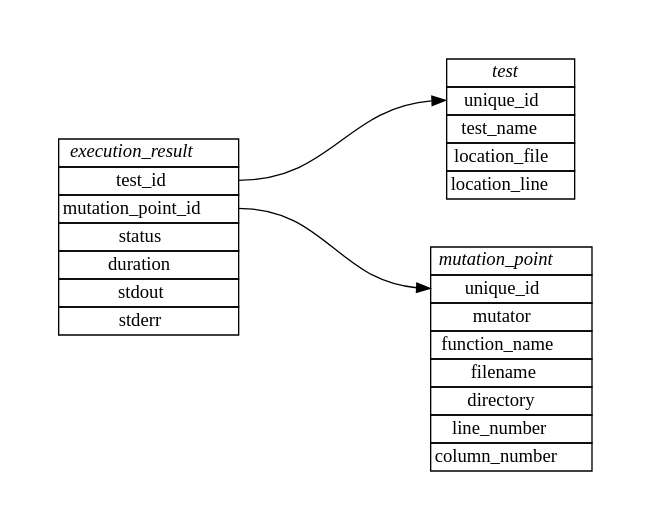
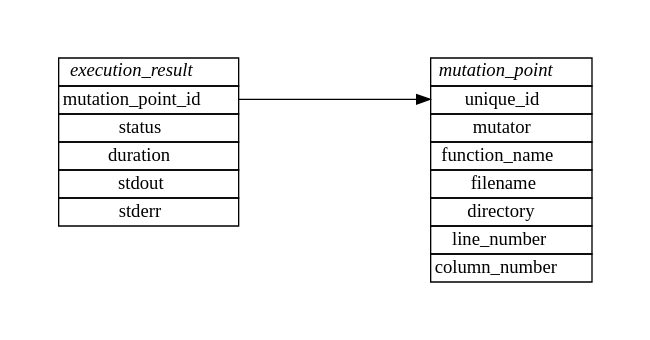
The diagram in docs/db-schema.dot (mull-project/mull), drawn with Graphviz before and after one commit. The commit also changed 110 other files, not shown here.

```diff
--- a/docs/db-schema.dot
+++ b/docs/db-schema.dot
@@ -1,48 +1,34 @@
 digraph Mull {
   graph [pad="0.5", nodesep="0.5", ranksep="2"];
   node [shape=plain] rankdir=LR;
 
   ExecutionResult [
     label = <
       <table border="0" cellborder="1" cellspacing="0">
         <tr><td><i>execution_result</i></td></tr>
-        <tr><td port="test_id">test_id</td></tr>
         <tr><td port="mutation_point_id">mutation_point_id</td></tr>
         <tr><td port="status">status</td></tr>
         <tr><td port="duration">duration</td></tr>
         <tr><td port="stdout">stdout</td></tr>
         <tr><td port="stderr">stderr</td></tr>
-      </table>
-    >
-  ];
-
-  Test [
-    label = <
-      <table border="0" cellborder="1" cellspacing="0">
-        <tr><td><i>test</i></td></tr>
-        <tr><td port="unique_id">unique_id</td></tr>
-        <tr><td port="test_name">test_name</td></tr>
-        <tr><td port="location_file">location_file</td></tr>
-        <tr><td port="location_line">location_line</td></tr>
       </table>
     >
   ];
 
   MutationPoint [
     label = <
       <table border="0" cellborder="1" cellspacing="0">
         <tr><td><i>mutation_point</i></td></tr>
         <tr><td port="unique_id">unique_id</td></tr>
         <tr><td port="mutator">mutator</td></tr>
         <tr><td port="function_name">function_name</td></tr>
         <tr><td port="filename">filename</td></tr>
         <tr><td port="directory">directory</td></tr>
         <tr><td port="line_number">line_number</td></tr>
         <tr><td port="column_number">column_number</td></tr>
       </table>
     >
   ];
 
-  ExecutionResult:test_id -> Test:unique_id;
   ExecutionResult:mutation_point_id -> MutationPoint:unique_id;
 }
```
